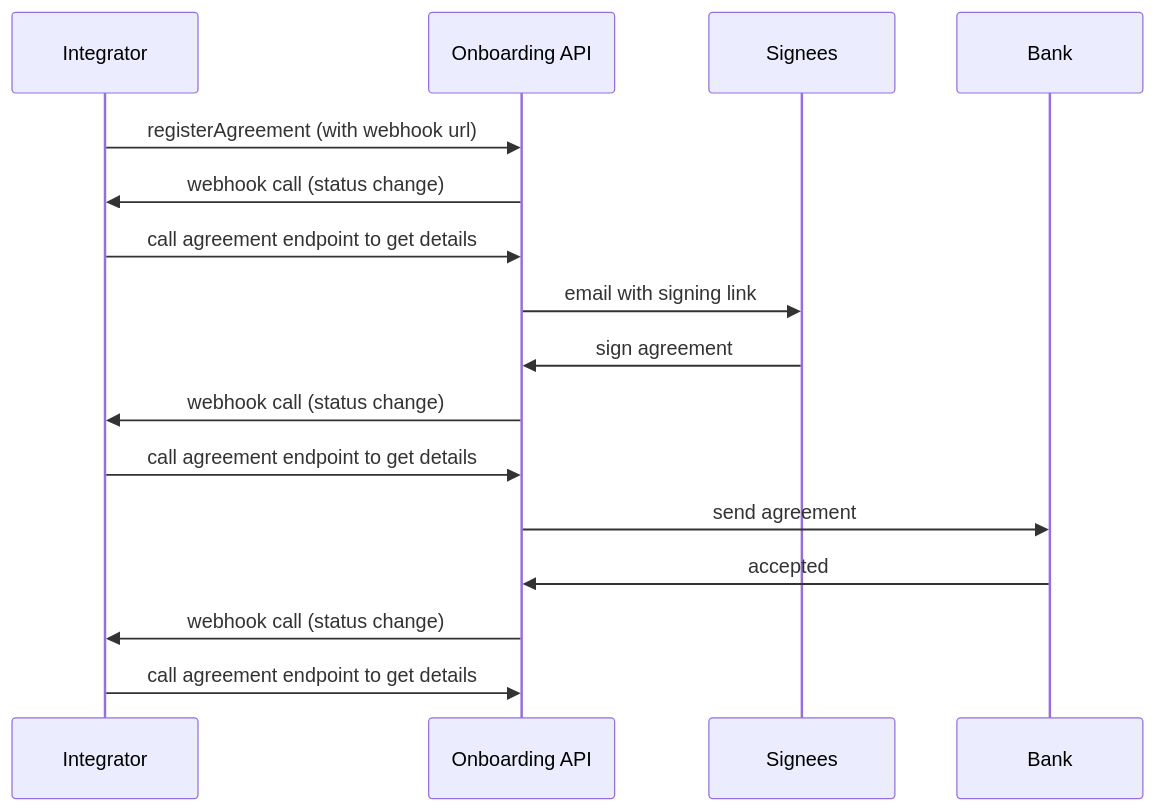
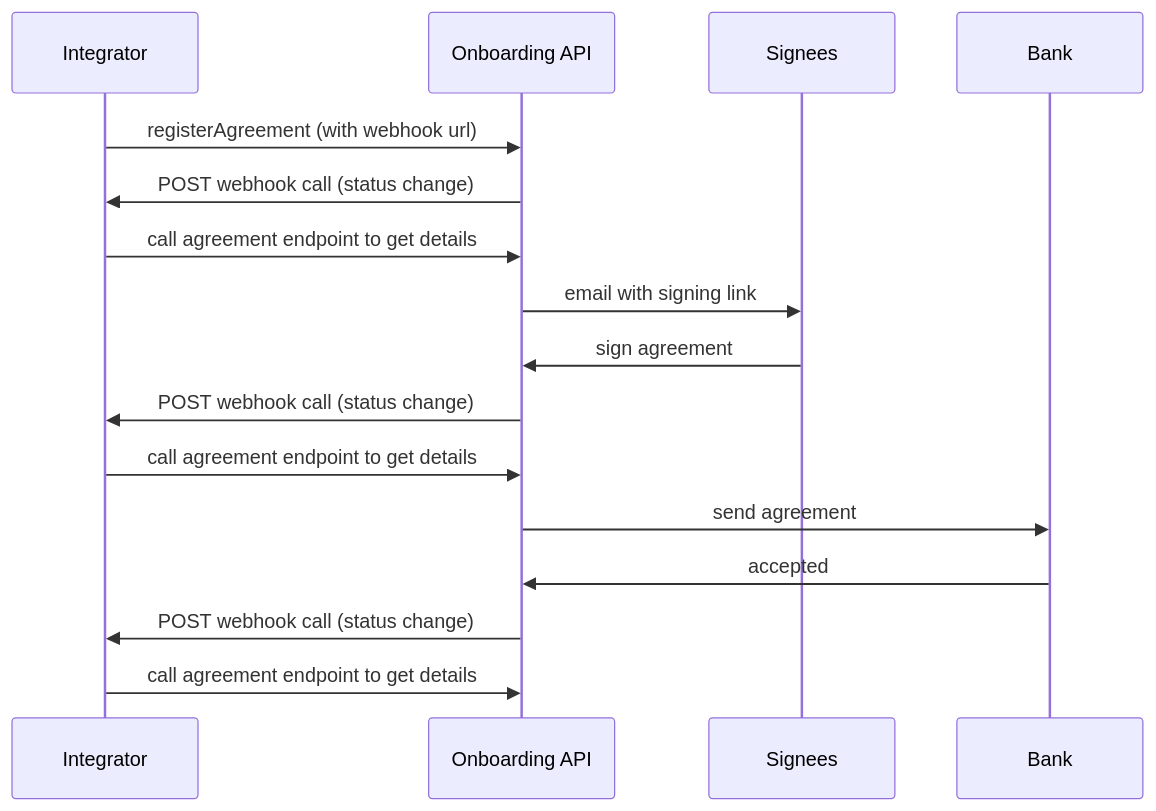
Before and after one commit to BankAxept/bankaxept-onboarding-external-documentation: the diagram in docs/webhooks.md, drawn with Mermaid. The commit also changed other lines of this file, not shown here.

Commit message:
make it clear the webhook calls are POST (#24)

````diff
--- a/docs/webhooks.md
+++ b/docs/webhooks.md
@@ -24,18 +24,18 @@
 ```mermaid
 sequenceDiagram
     participant Integrator
     participant Onboarding API
     participant Signees
     participant Bank
     Integrator->>Onboarding API: registerAgreement (with webhook url)
-    Onboarding API->>Integrator: webhook call (status change)
+    Onboarding API->>Integrator: POST webhook call (status change)
     Integrator->>Onboarding API: call agreement endpoint to get details
     Onboarding API->>Signees: email with signing link
     Signees->>Onboarding API: sign agreement
-    Onboarding API->>Integrator: webhook call (status change)
+    Onboarding API->>Integrator: POST webhook call (status change)
     Integrator->>Onboarding API: call agreement endpoint to get details
     Onboarding API->>Bank: send agreement
     Bank->>Onboarding API: accepted
-    Onboarding API->>Integrator: webhook call (status change)
+    Onboarding API->>Integrator: POST webhook call (status change)
     Integrator->>Onboarding API: call agreement endpoint to get details
 ```
````
